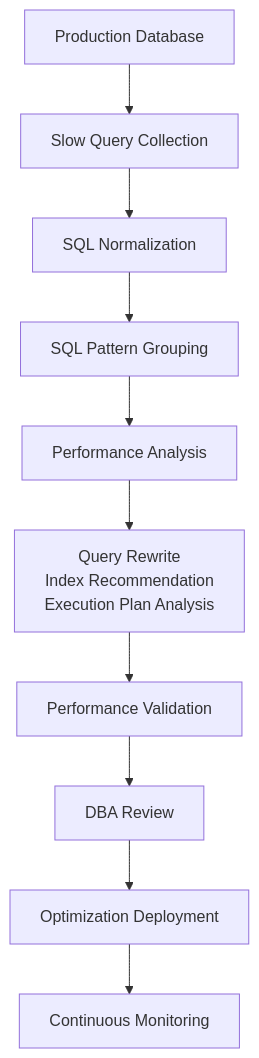
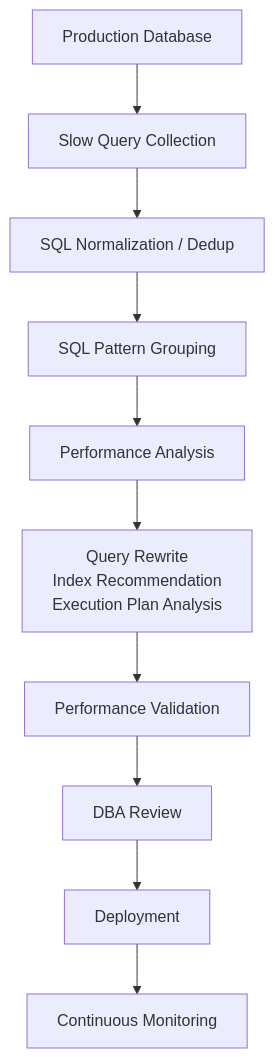
Before and after one commit to PawSQL/pawsql-docs-mantlify: the first of 3 diagrams in docs/en/use-cases/slow-sql-optimization.mdx, drawn with Mermaid. The commit also changed other lines of this file and 82 other files, not shown here.

````diff
--- a/docs/en/use-cases/slow-sql-optimization.mdx
+++ b/docs/en/use-cases/slow-sql-optimization.mdx
@@ -230,6 +48,7 @@
 ```mermaid
 flowchart TD
-    A[Production Database] --> B[Slow Query Collection] --> C[SQL Normalization] --> D[SQL Pattern Grouping]
-    D --> E[Performance Analysis] --> F["Query Rewrite<br/>Index Recommendation<br/>Execution Plan Analysis"]
-    F --> G[Performance Validation] --> H[DBA Review] --> I[Optimization Deployment] --> J[Continuous Monitoring]
+    A[Production Database] --> B[Slow Query Collection] --> C[SQL Normalization / Dedup]
+    C --> D[SQL Pattern Grouping] --> E[Performance Analysis]
+    E --> F["Query Rewrite<br/>Index Recommendation<br/>Execution Plan Analysis"]
+    F --> G[Performance Validation] --> H[DBA Review] --> I[Deployment] --> J[Continuous Monitoring]
 ```
````
